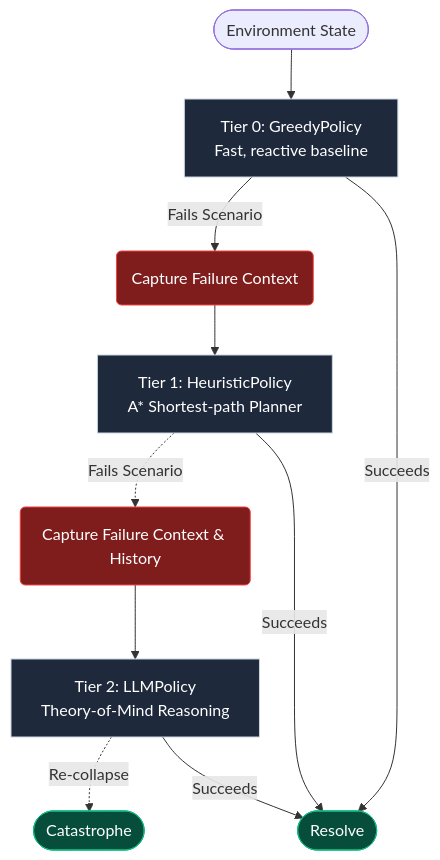
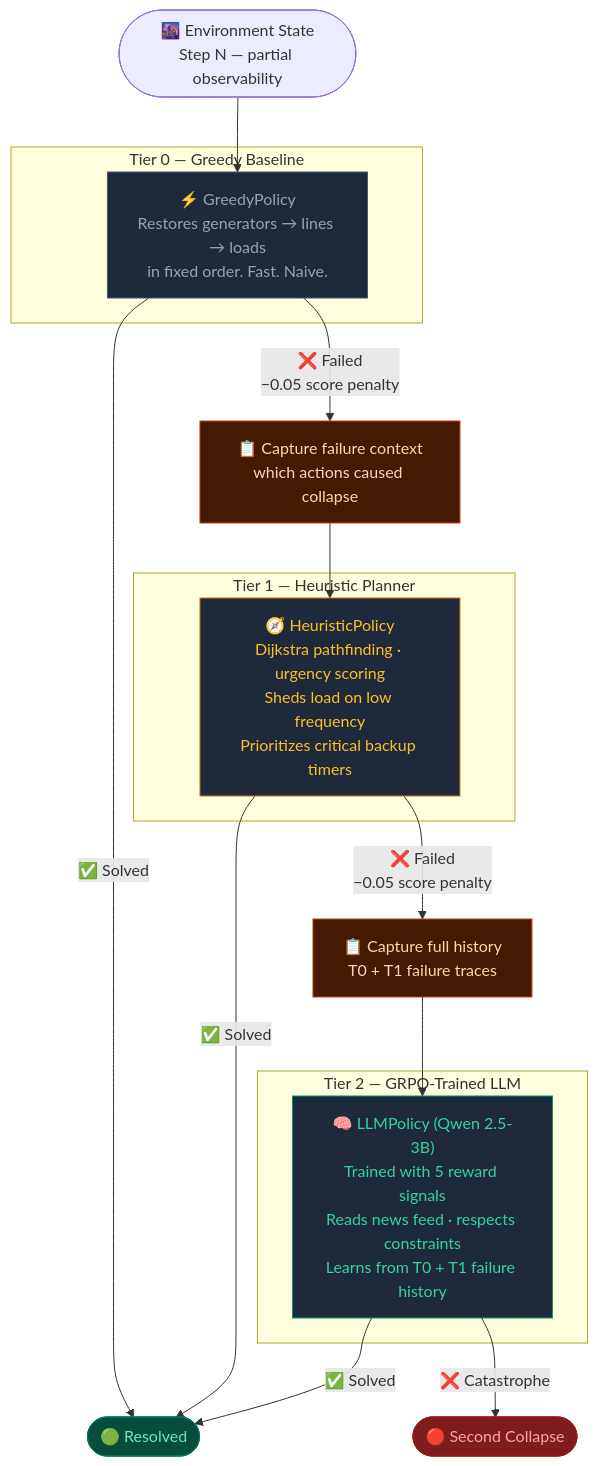
One commit to Ankitpatil944/blackout-city changed the third of 6 diagrams in README.md. Above: the diagram before and after it, drawn with Mermaid. The commit also changed other lines of this file, not shown here.

````diff
--- a/README.md
+++ b/README.md
@@ -85,24 +118,37 @@
 ```mermaid
 flowchart TD
-    %% CascadeCommander Architecture
-    State([Environment State]) --> T0["Tier 0: GreedyPolicy<br>Fast, reactive baseline"]
-    
-    T0 -->|Fails Scenario| Context1(Capture Failure Context)
-    T0 -->|Succeeds| End([Resolve])
-    
-    Context1 --> T1["Tier 1: HeuristicPolicy<br>A* Shortest-path Planner"]
-    T1 -.->|Fails Scenario| Context2(Capture Failure Context & History)
-    T1 -->|Succeeds| End
-    
-    Context2 --> T2["Tier 2: LLMPolicy<br>Theory-of-Mind Reasoning"]
-    T2 -.->|Re-collapse| EndFail([Catastrophe])
-    T2 -->|Succeeds| End
-    
-    classDef base fill:#1e293b,stroke:#cbd5e1,color:white;
-    classDef fail fill:#7f1d1d,stroke:#ef4444,color:white;
-    classDef succ fill:#064e3b,stroke:#10b981,color:white;
-    
-    class T0,T1,T2 base;
-    class Context1,Context2 fail;
-    class End,EndFail succ;
+    ENV(["🌆 Environment State<br/>Step N — partial observability"])
+
+    ENV --> T0
+
+    subgraph T0BOX ["Tier 0 — Greedy Baseline"]
+        T0["⚡ GreedyPolicy<br/>Restores generators → lines → loads<br/>in fixed order. Fast. Naive."]
+    end
+
+    subgraph T1BOX ["Tier 1 — Heuristic Planner"]
+        T1["🧭 HeuristicPolicy<br/>Dijkstra pathfinding · urgency scoring<br/>Sheds load on low frequency<br/>Prioritizes critical backup timers"]
+    end
+
+    subgraph T2BOX ["Tier 2 — GRPO-Trained LLM"]
+        T2["🧠 LLMPolicy (Qwen 2.5-3B)<br/>Trained with 5 reward signals<br/>Reads news feed · respects constraints<br/>Learns from T0 + T1 failure history"]
+    end
+
+    T0 -->|"✅ Solved"| DONE(["🟢 Resolved"])
+    T0 -->|"❌ Failed<br/>−0.05 score penalty"| CTX1["📋 Capture failure context<br/>which actions caused collapse"]
+    CTX1 --> T1
+
+    T1 -->|"✅ Solved"| DONE
+    T1 -->|"❌ Failed<br/>−0.05 score penalty"| CTX2["📋 Capture full history<br/>T0 + T1 failure traces"]
+    CTX2 --> T2
+
+    T2 -->|"✅ Solved"| DONE
+    T2 -->|"❌ Catastrophe"| FAIL(["🔴 Second Collapse"])
+
+    style T0 fill:#1e293b,color:#94a3b8,stroke:#475569
+    style T1 fill:#1e293b,color:#fbbf24,stroke:#d97706
+    style T2 fill:#1e293b,color:#34d399,stroke:#059669
+    style DONE fill:#064e3b,color:#6ee7b7,stroke:#047857
+    style FAIL fill:#7f1d1d,color:#fca5a5,stroke:#991b1b
+    style CTX1 fill:#451a03,color:#fed7aa,stroke:#c2410c
+    style CTX2 fill:#451a03,color:#fed7aa,stroke:#c2410c
 ```
````
